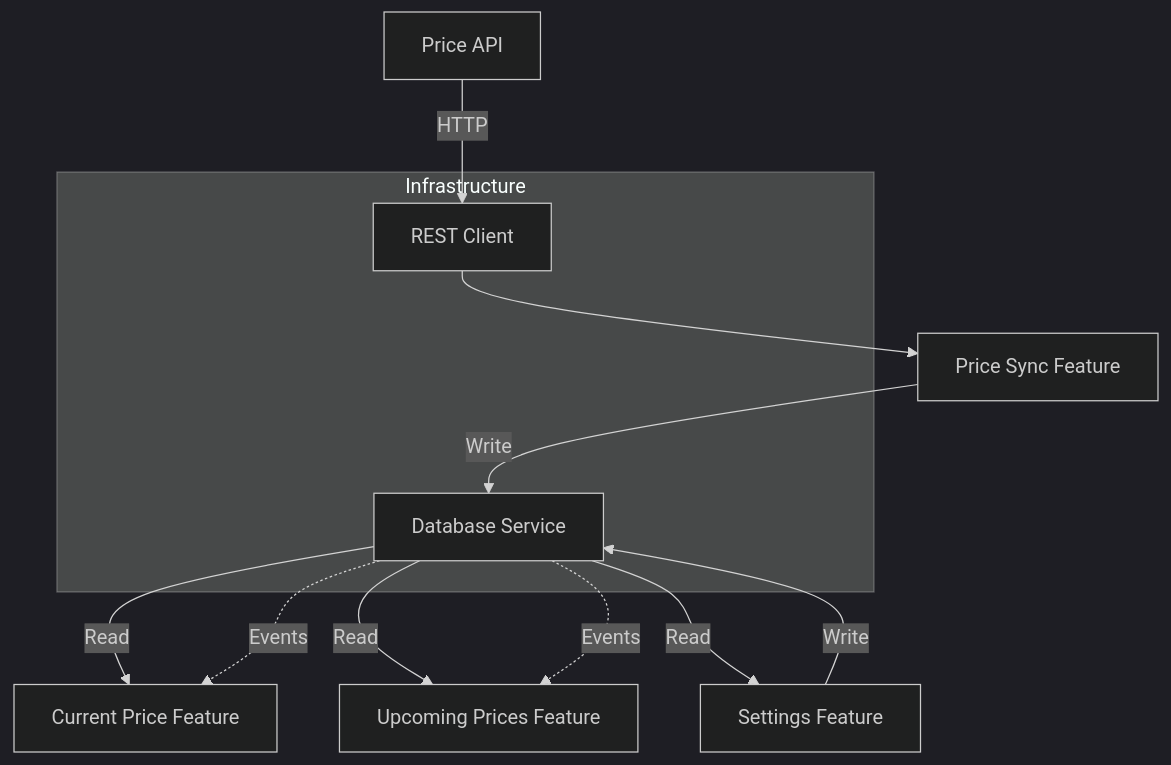
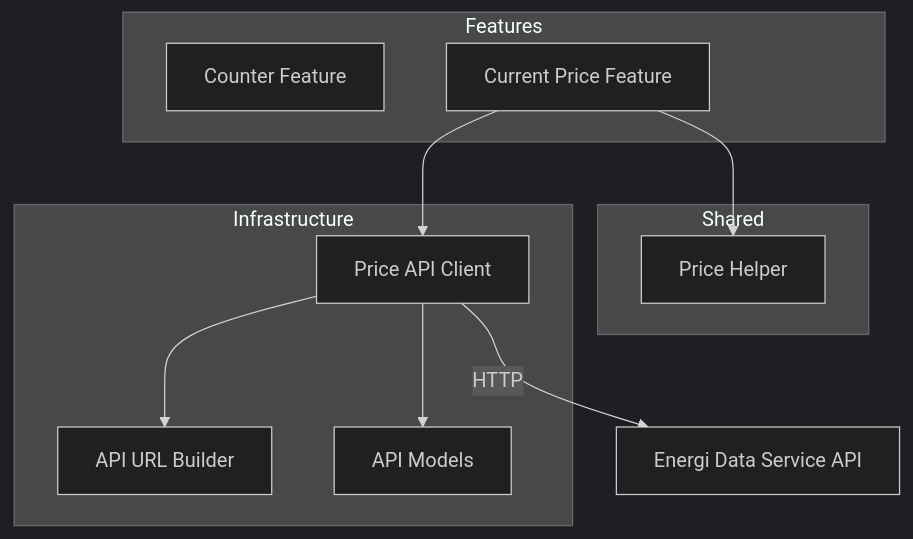
Before and after one commit to henmyg/exploration: the first of 2 diagrams in docs/architecture.md, drawn with Mermaid (dark theme). The commit also changed other lines of this file and 1 other file, not shown here.

Commit message:
Update architecture to be on par with current app

````diff
--- a/docs/architecture.md
+++ b/docs/architecture.md
@@ -9,27 +9,25 @@
 ```mermaid
 graph TB
-    API[Price API]
+    subgraph Features
+        Counter[Counter Feature]
+        CurrentPrice[Current Price Feature]
+    end
+
+    subgraph Shared
+        PriceHelper[Price Helper]
+    end
 
     subgraph Infrastructure
-        RestClient[REST Client]
-        DBService[Database Service]
+        ApiClient[Price API Client]
+        UrlBuilder[API URL Builder]
+        Models[API Models]
     end
 
-    PriceSync[Price Sync Feature]
-    CurrentPrice[Current Price Feature]
-    UpcomingPrices[Upcoming Prices Feature]
-    Settings[Settings Feature]
+    API[Energi Data Service API]
 
-    API -->|HTTP| RestClient
-    RestClient --> PriceSync
-
-    PriceSync -->|Write| DBService
-    Settings -->|Write| DBService
-
-    DBService -->|Read| CurrentPrice
-    DBService -->|Read| UpcomingPrices
-    DBService -->|Read| Settings
-
-    DBService -.->|Events| CurrentPrice
-    DBService -.->|Events| UpcomingPrices
+    CurrentPrice --> PriceHelper
+    CurrentPrice --> ApiClient
+    ApiClient --> UrlBuilder
+    ApiClient --> Models
+    ApiClient -->|HTTP| API
 ```
````
